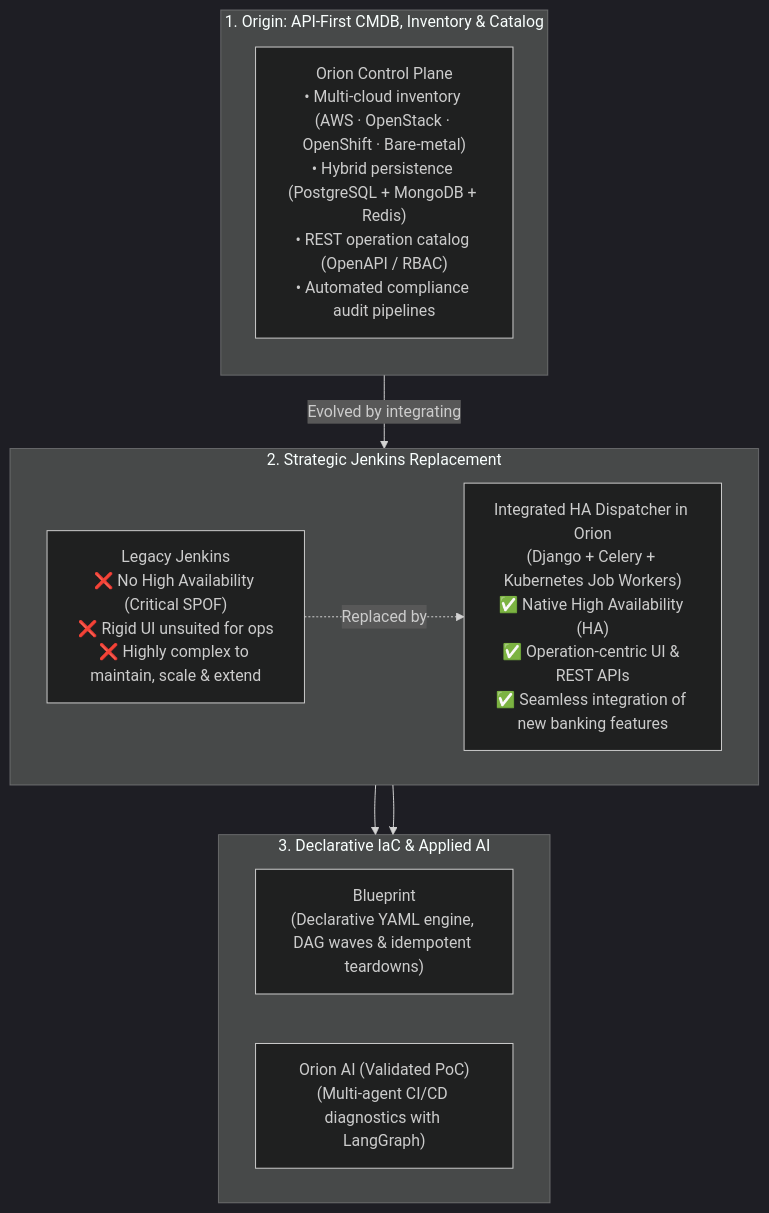
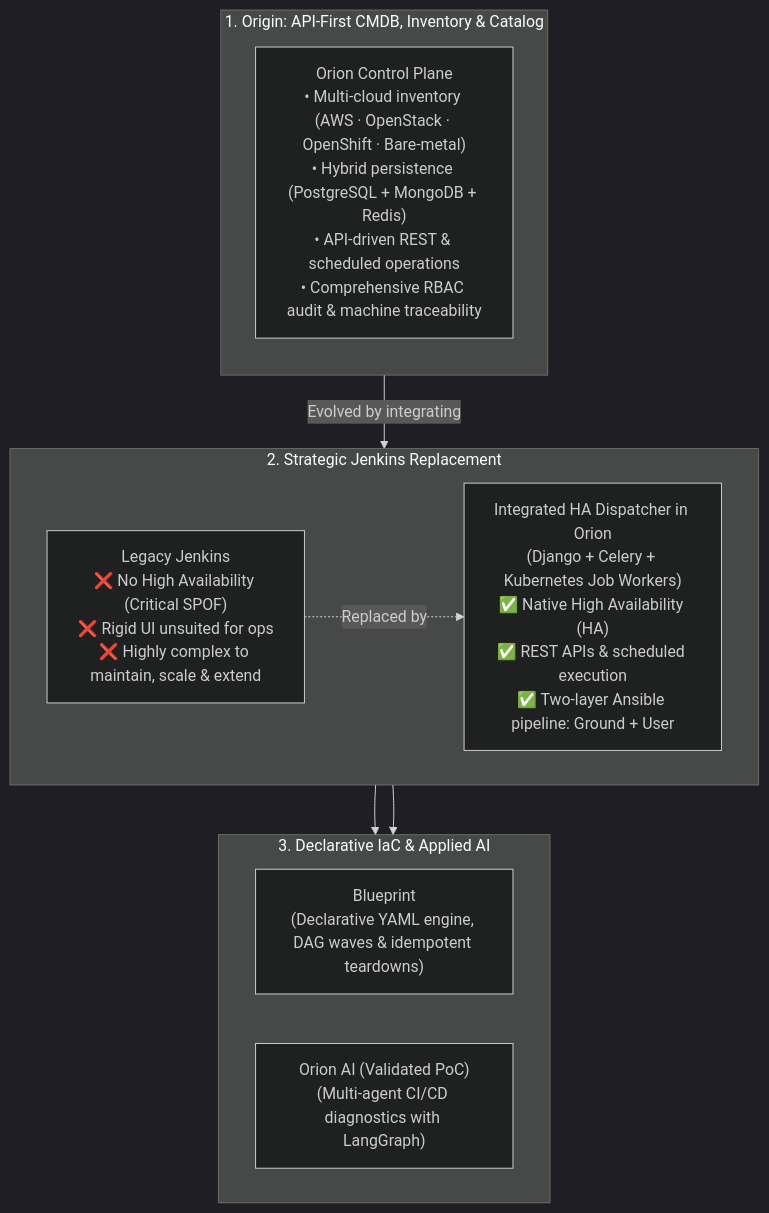
The first of 2 diagrams in docs/projects/orion-iaas.md (oredondo/oredondo.github.io), drawn with Mermaid (dark theme) before and after one commit. The commit also changed other lines of this file and 1 other file, not shown here.

Commit message:
refactor(orion-iaas): highlight platform auditability, layered Ansible ground/user pipeline, api & scheduler automation, and remove f5 bridge

````diff
--- a/docs/projects/orion-iaas.md
+++ b/docs/projects/orion-iaas.md
@@ -26,21 +26,21 @@
 ```mermaid
 flowchart TD
     subgraph Origin["1. Origin: API-First CMDB, Inventory & Catalog"]
         direction TB
-        CMDB["Orion Control Plane<br/>• Multi-cloud inventory (AWS · OpenStack · OpenShift · Bare-metal)<br/>• Hybrid persistence (PostgreSQL + MongoDB + Redis)<br/>• REST operation catalog (OpenAPI / RBAC)<br/>• Automated compliance audit pipelines"]
+        CMDB["Orion Control Plane<br/>• Multi-cloud inventory (AWS · OpenStack · OpenShift · Bare-metal)<br/>• Hybrid persistence (PostgreSQL + MongoDB + Redis)<br/>• API-driven REST & scheduled operations<br/>• Comprehensive RBAC audit & machine traceability"]
     end
 
     subgraph Replacement["2. Strategic Jenkins Replacement"]
         direction LR
-        JNK["Legacy Jenkins<br/>❌ No High Availability (Critical SPOF)<br/>❌ Rigid UI unsuited for ops<br/>❌ Highly complex to maintain, scale & extend"] -.->|"Replaced by"| DISP["Integrated HA Dispatcher in Orion<br/>(Django + Celery + Kubernetes Job Workers)<br/>✅ Native High Availability (HA)<br/>✅ Operation-centric UI & REST APIs<br/>✅ Seamless integration of new banking features"]
+        JNK["Legacy Jenkins<br/>❌ No High Availability (Critical SPOF)<br/>❌ Rigid UI unsuited for ops<br/>❌ Highly complex to maintain, scale & extend"] -.->|"Replaced by"| DISP["Integrated HA Dispatcher in Orion<br/>(Django + Celery + Kubernetes Job Workers)<br/>✅ Native High Availability (HA)<br/>✅ REST APIs & scheduled execution<br/>✅ Two-layer Ansible pipeline: Ground + User"]
     end
 
     subgraph Expansion["3. Declarative IaC & Applied AI"]
         direction LR
         BP["Blueprint<br/>(Declarative YAML engine, DAG waves & idempotent teardowns)"]
         AI["Orion AI (Validated PoC)<br/>(Multi-agent CI/CD diagnostics with LangGraph)"]
     end
 
     CMDB -->|"Evolved by integrating"| DISP
     DISP --> BP & AI
 ```
````
